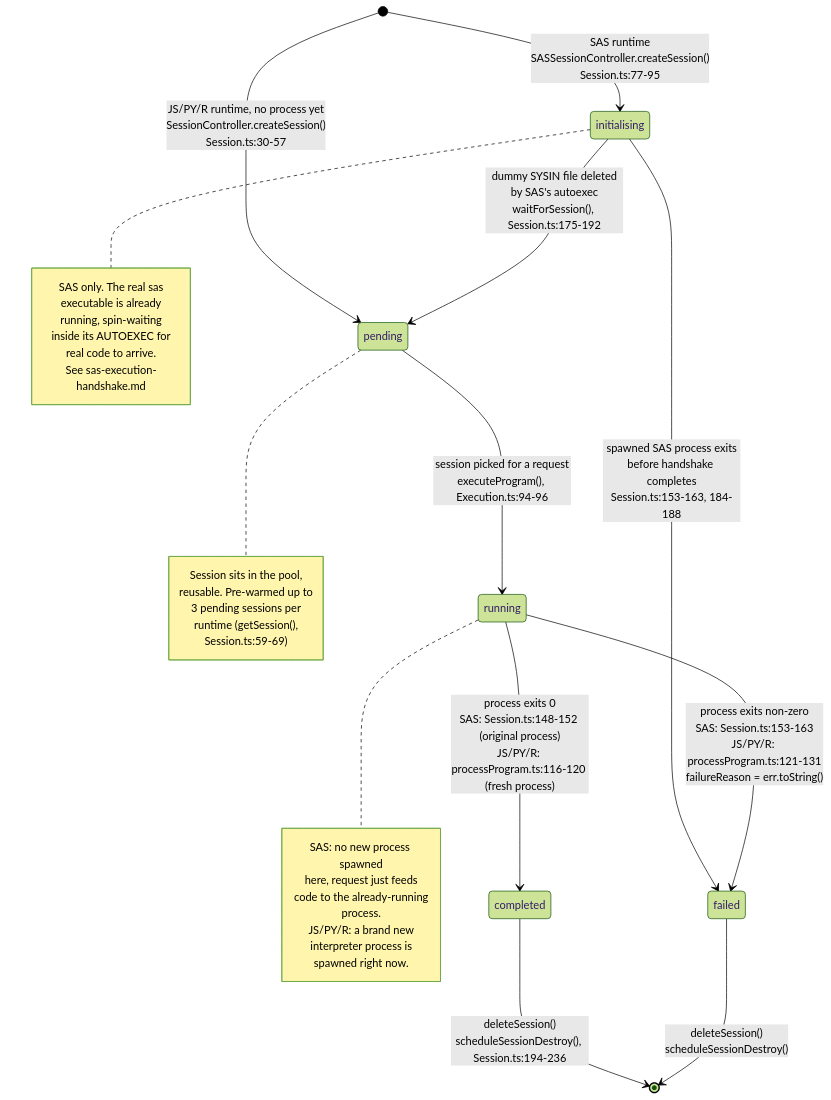
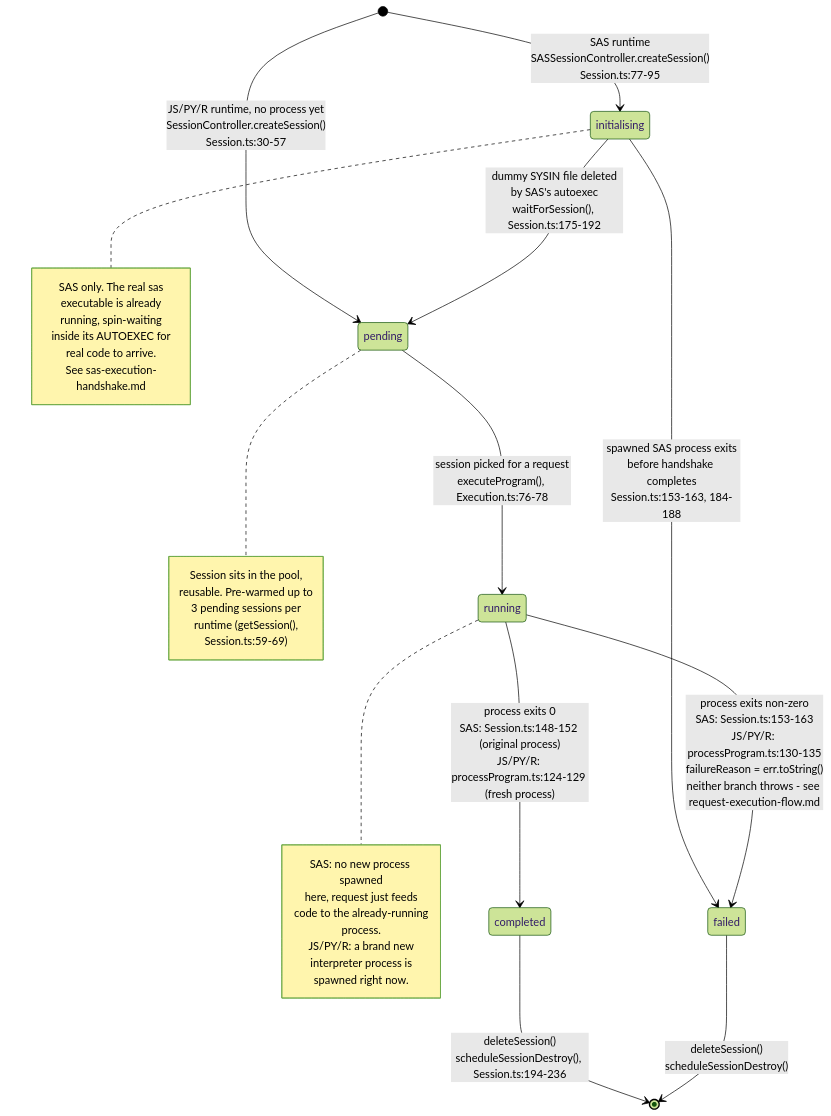
The diagram in api/docs/diagrams/session-lifecycle.md (sasjs/server), drawn with Mermaid (forest theme) before and after one commit. The commit also changed other lines of this file and 11 other files, not shown here.

First line of the commit message:
fix(api): return 200 with embedded log on SAS session failure instead of 400

````diff
--- a/api/docs/diagrams/session-lifecycle.md
+++ b/api/docs/diagrams/session-lifecycle.md
@@ -9,43 +9,43 @@
 ```mermaid
 stateDiagram-v2
     [*] --> initialising: SAS runtime<br/>SASSessionController.createSession()<br/>Session.ts:77-95
     [*] --> pending: JS/PY/R runtime, no process yet<br/>SessionController.createSession()<br/>Session.ts:30-57
 
     initialising --> pending: dummy SYSIN file deleted<br/>by SAS's autoexec<br/>waitForSession(), Session.ts:175-192
     initialising --> failed: spawned SAS process exits<br/>before handshake completes<br/>Session.ts:153-163, 184-188
 
-    pending --> running: session picked for a request<br/>executeProgram(), Execution.ts:94-96
+    pending --> running: session picked for a request<br/>executeProgram(), Execution.ts:76-78
 
-    running --> completed: process exits 0<br/>SAS: Session.ts:148-152 (original process)<br/>JS/PY/R: processProgram.ts:116-120 (fresh process)
-    running --> failed: process exits non-zero<br/>SAS: Session.ts:153-163<br/>JS/PY/R: processProgram.ts:121-131<br/>failureReason = err.toString()
+    running --> completed: process exits 0<br/>SAS: Session.ts:148-152 (original process)<br/>JS/PY/R: processProgram.ts:124-129 (fresh process)
+    running --> failed: process exits non-zero<br/>SAS: Session.ts:153-163<br/>JS/PY/R: processProgram.ts:130-135<br/>failureReason = err.toString()<br/>neither branch throws - see request-execution-flow.md
 
     completed --> [*]: deleteSession()<br/>scheduleSessionDestroy(), Session.ts:194-236
     failed --> [*]: deleteSession()<br/>scheduleSessionDestroy()
 
     note right of initialising
         SAS only. The real sas
         executable is already
         running, spin-waiting
         inside its AUTOEXEC for
         real code to arrive.
         See sas-execution-handshake.md
     end note
 
     note right of pending
         Session sits in the pool,
         reusable. Pre-warmed up to
         3 pending sessions per
         runtime (getSession(),
         Session.ts:59-69)
     end note
 
     note right of running
         SAS: no new process spawned
         here, request just feeds
         code to the already-running
         process.
         JS/PY/R: a brand new
         interpreter process is
         spawned right now.
     end note
 ```
````
